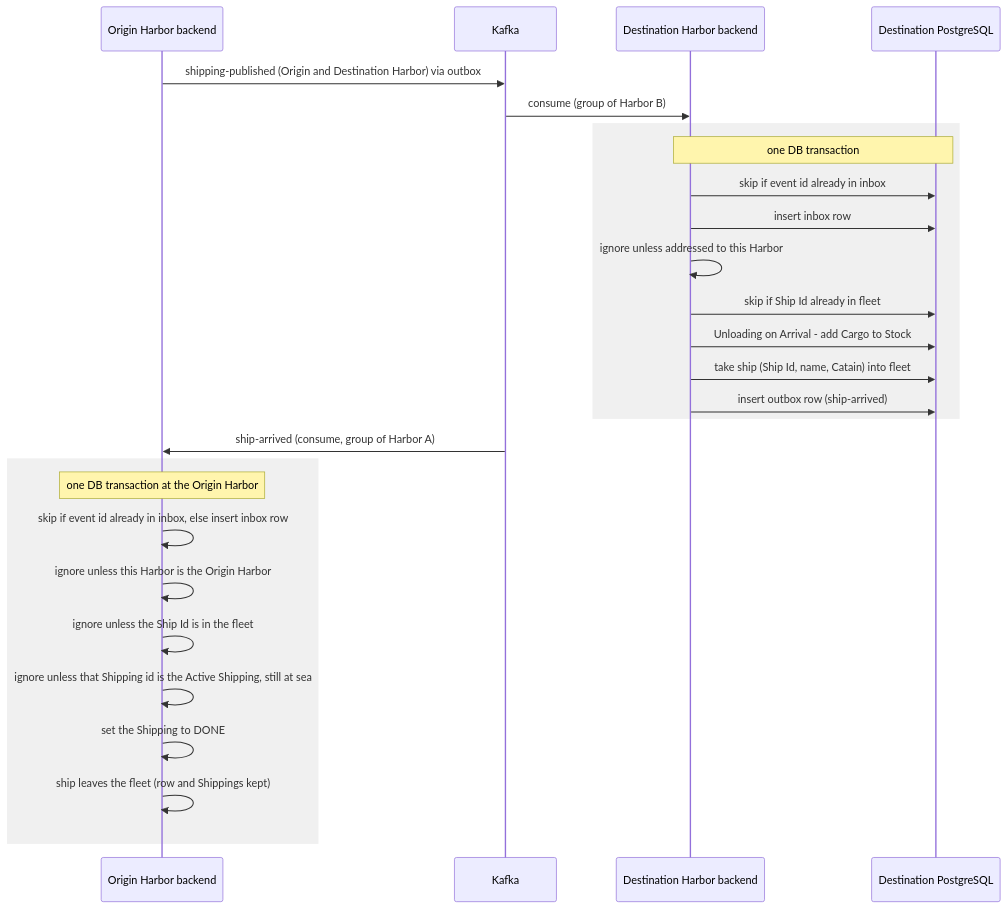
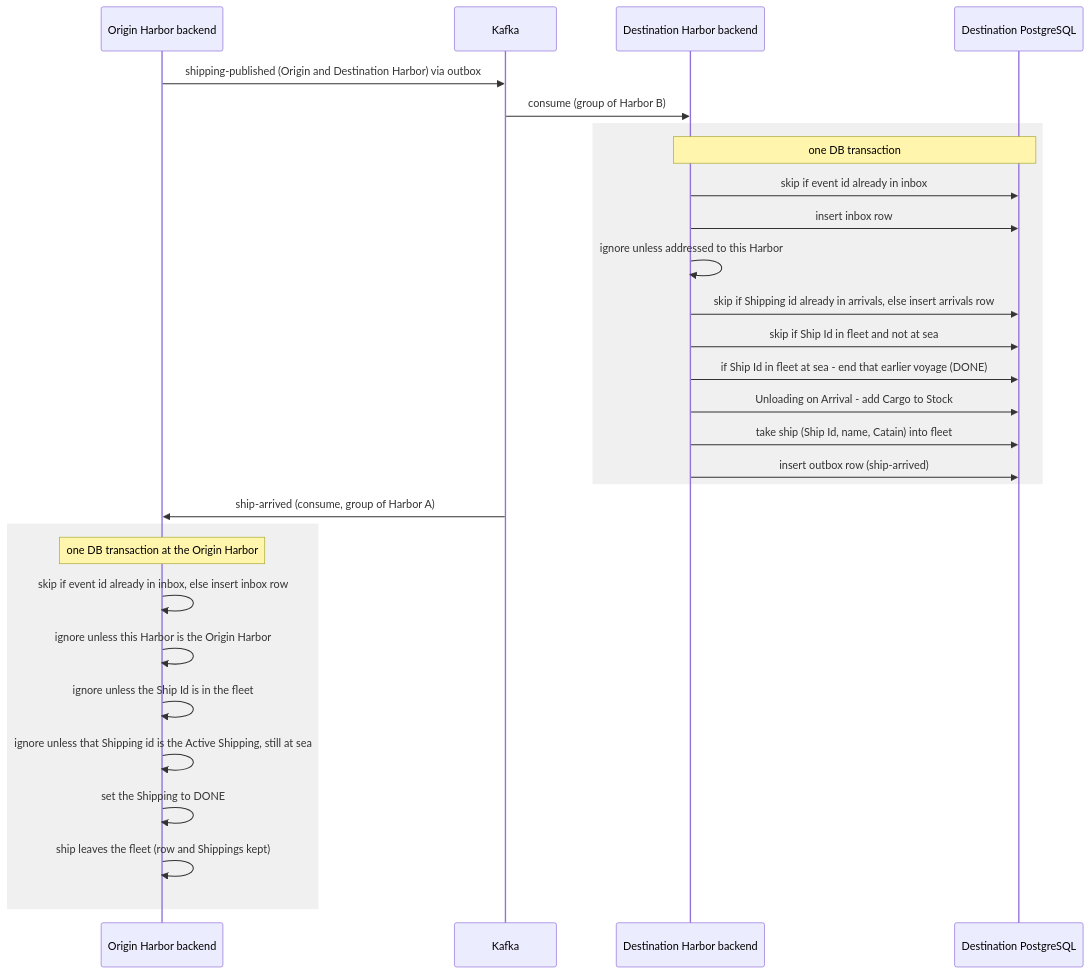
Before and after one commit to maurizio100/ddd-ship: the fourth of 5 diagrams in docs/arc42/06-runtime.md, drawn with Mermaid. The commit also changed other lines of this file and 10 other files, not shown here.

First line of the commit message:
fix: guard Arrivals by Shipping id and keep departed ships undeletable

````diff
--- a/docs/arc42/06-runtime.md
+++ b/docs/arc42/06-runtime.md
@@ -88,29 +90,31 @@
 ```mermaid
 sequenceDiagram
     participant A as Origin Harbor backend
     participant K as Kafka
     participant B as Destination Harbor backend
     participant DBB as Destination PostgreSQL
     A->>K: shipping-published (Origin and Destination Harbor) via outbox
     K->>B: consume (group of Harbor B)
     rect rgb(240,240,240)
     Note over B,DBB: one DB transaction
     B->>DBB: skip if event id already in inbox
     B->>DBB: insert inbox row
     B->>B: ignore unless addressed to this Harbor
-    B->>DBB: skip if Ship Id already in fleet
+    B->>DBB: skip if Shipping id already in arrivals, else insert arrivals row
+    B->>DBB: skip if Ship Id in fleet and not at sea
+    B->>DBB: if Ship Id in fleet at sea - end that earlier voyage (DONE)
     B->>DBB: Unloading on Arrival - add Cargo to Stock
     B->>DBB: take ship (Ship Id, name, Catain) into fleet
     B->>DBB: insert outbox row (ship-arrived)
     end
     K->>A: ship-arrived (consume, group of Harbor A)
     rect rgb(240,240,240)
     Note over A: one DB transaction at the Origin Harbor
     A->>A: skip if event id already in inbox, else insert inbox row
     A->>A: ignore unless this Harbor is the Origin Harbor
     A->>A: ignore unless the Ship Id is in the fleet
     A->>A: ignore unless that Shipping id is the Active Shipping, still at sea
     A->>A: set the Shipping to DONE
     A->>A: ship leaves the fleet (row and Shippings kept)
     end
 ```
````
